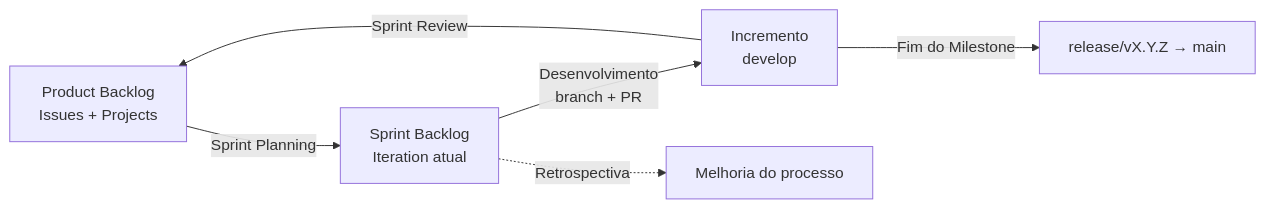
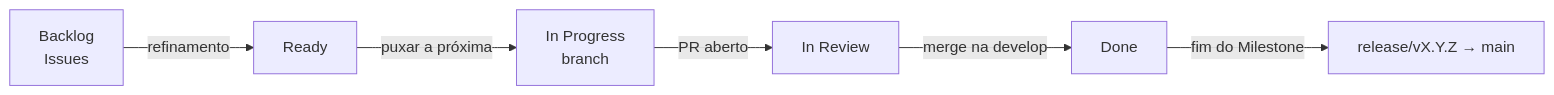
Before and after one commit to barbaraguarino/Blog-API: the first of 2 diagrams in docs/Processo_de_Desenvolvimento.md, drawn with Mermaid. The commit also changed other lines of this file, not shown here.

First line of the commit message:
Reescreve o Processo de Desenvolvimento para Kanban

````diff
--- a/docs/Processo_de_Desenvolvimento.md
+++ b/docs/Processo_de_Desenvolvimento.md
@@ -65,8 +64,8 @@
 ```mermaid
 flowchart LR
-    PB[Product Backlog<br/>Issues + Projects] -->|Sprint Planning| SB[Sprint Backlog<br/>Iteration atual]
-    SB -->|Desenvolvimento<br/>branch + PR| INC[Incremento<br/>develop]
-    INC -->|Sprint Review| PB
-    INC -->|Fim do Milestone| REL[release/vX.Y.Z → main]
-    SB -.->|Retrospectiva| PROC[Melhoria do processo]
+    B[Backlog<br/>Issues] -->|refinamento| R[Ready]
+    R -->|puxar a próxima| P[In Progress<br/>branch]
+    P -->|PR aberto| V[In Review]
+    V -->|merge na develop| D[Done]
+    D -->|fim do Milestone| REL[release/vX.Y.Z → main]
 ```
````
